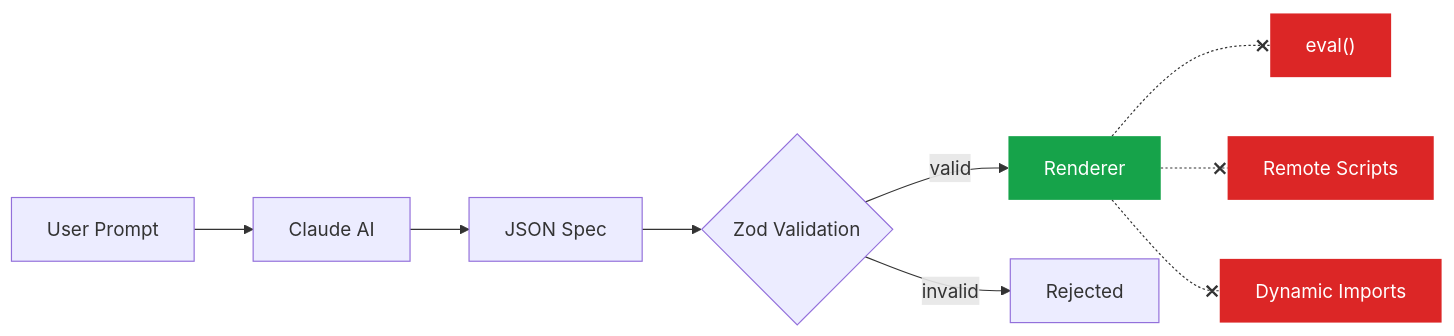
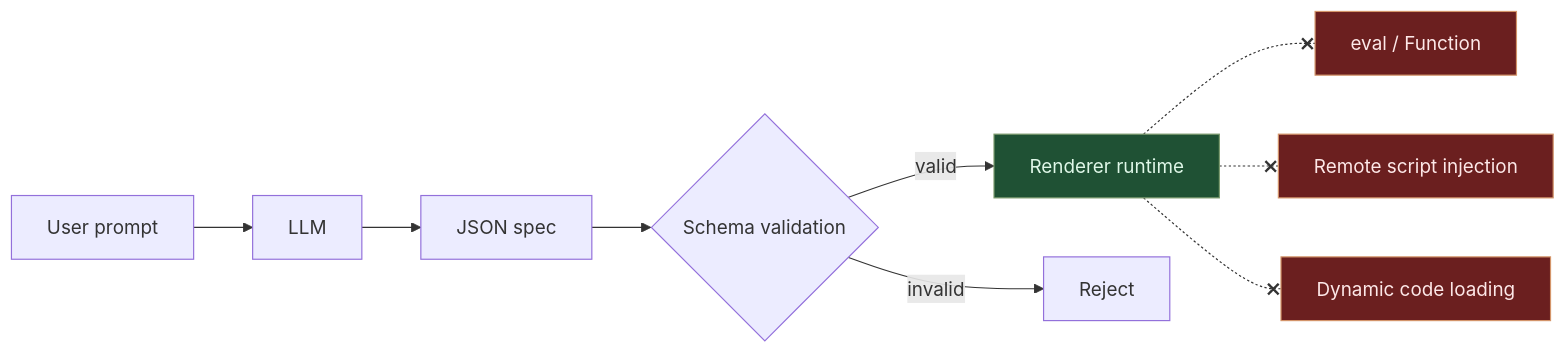
The first of 5 diagrams in docs/docs/architecture/security.md (wartelth/baristapp), drawn with Mermaid before and after one commit. The commit also changed other lines of this file and 304 other files, not shown here.

````diff
--- a/docs/docs/architecture/security.md
+++ b/docs/docs/architecture/security.md
@@ -12,17 +16,17 @@
 ```mermaid
 flowchart LR
-    Prompt["User Prompt"] --> AI["Claude AI"]
-    AI --> JSON["JSON Spec"]
-    JSON --> Val{"Zod Validation"}
-    Val -->|valid| Render["Renderer"]
-    Val -->|invalid| Reject["Rejected"]
+    Prompt["User prompt"] --> AI["LLM"]
+    AI --> JSON["JSON spec"]
+    JSON --> Val{"Schema validation"}
+    Val -->|valid| Render["Renderer runtime"]
+    Val -->|invalid| Reject["Reject"]
 
-    Render -.-x Eval["eval()"]
-    Render -.-x Scripts["Remote Scripts"]
-    Render -.-x Import["Dynamic Imports"]
+    Render -.-x Eval["eval / Function"]
+    Render -.-x Scripts["Remote script injection"]
+    Render -.-x Import["Dynamic code loading"]
 
-    style Eval fill:#dc2626,color:#fff,stroke:none
-    style Scripts fill:#dc2626,color:#fff,stroke:none
-    style Import fill:#dc2626,color:#fff,stroke:none
-    style Render fill:#16a34a,color:#fff,stroke:none
+    style Eval fill:#6b1f1f,color:#fde8e8,stroke:#d4956a
+    style Scripts fill:#6b1f1f,color:#fde8e8,stroke:#d4956a
+    style Import fill:#6b1f1f,color:#fde8e8,stroke:#d4956a
+    style Render fill:#1f5134,color:#dff7e8,stroke:#7b9a6d
 ```
````
